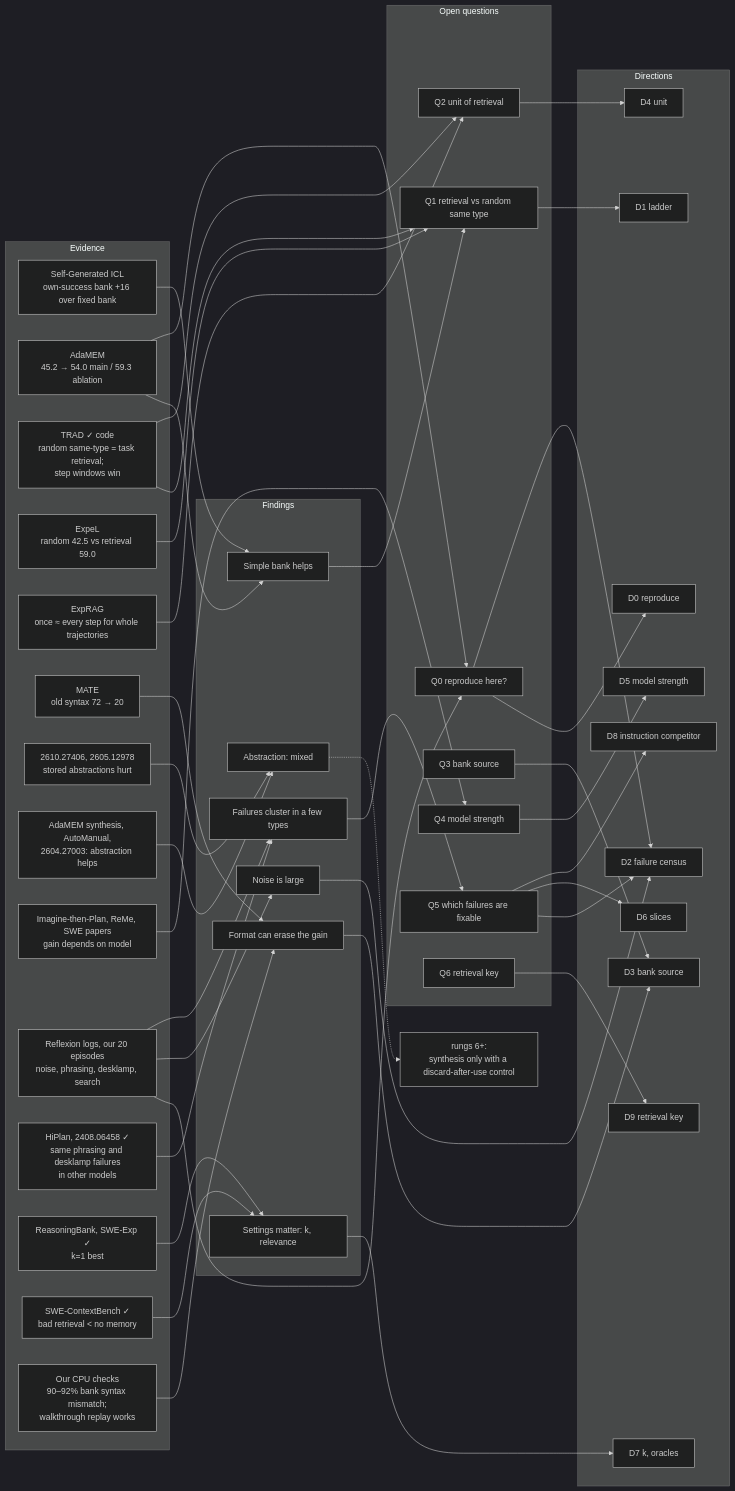
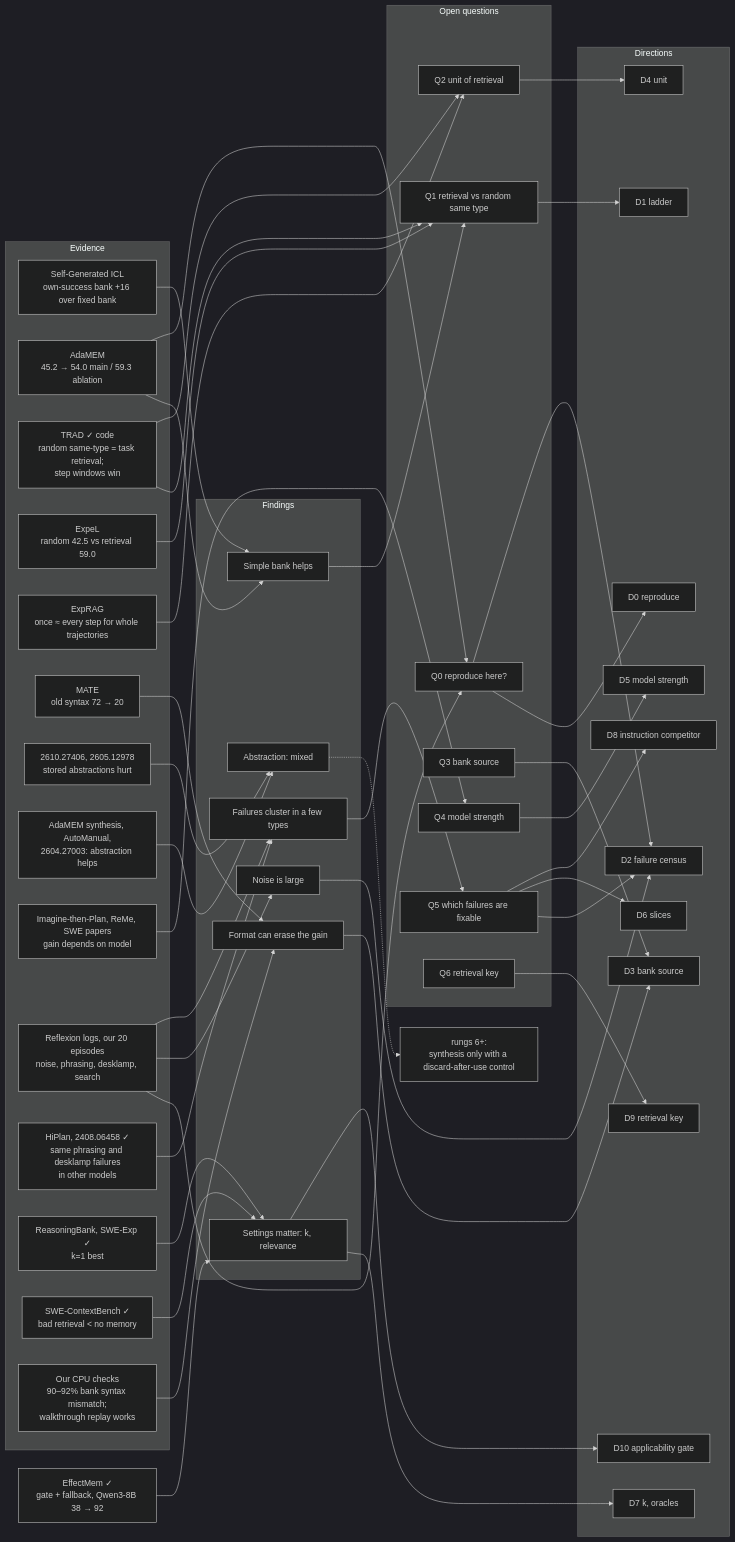
Before and after one commit to krapcys1-maker/adaptive-agent-memory-research: the diagram in docs/research-map/CONNECTIONS.md, drawn with Mermaid (dark theme). The commit also changed other lines of this file and 2 other files, not shown here.

First line of the commit message:
docs(research-map): second-benchmark assessment, applicability gate, new sources

```diff
--- a/docs/research-map/CONNECTIONS.md
+++ b/docs/research-map/CONNECTIONS.md
@@ -50,6 +50,7 @@
     D7["D7 k, oracles"]
     D8["D8 instruction competitor"]
     D9["D9 retrieval key"]
+    D10["D10 applicability gate"]
   end
   E1 --> F1
   E2 --> F1
@@ -74,6 +75,8 @@
   F4 --> D2
   F5 --> Q5
   F6 --> D7
+  F6 --> D10
+  E15["EffectMem ✓<br/>gate + fallback, Qwen3-8B 38 → 92"] --> F6
   Q0 --> D0
   Q0 --> D2
   Q1 --> D1
```
